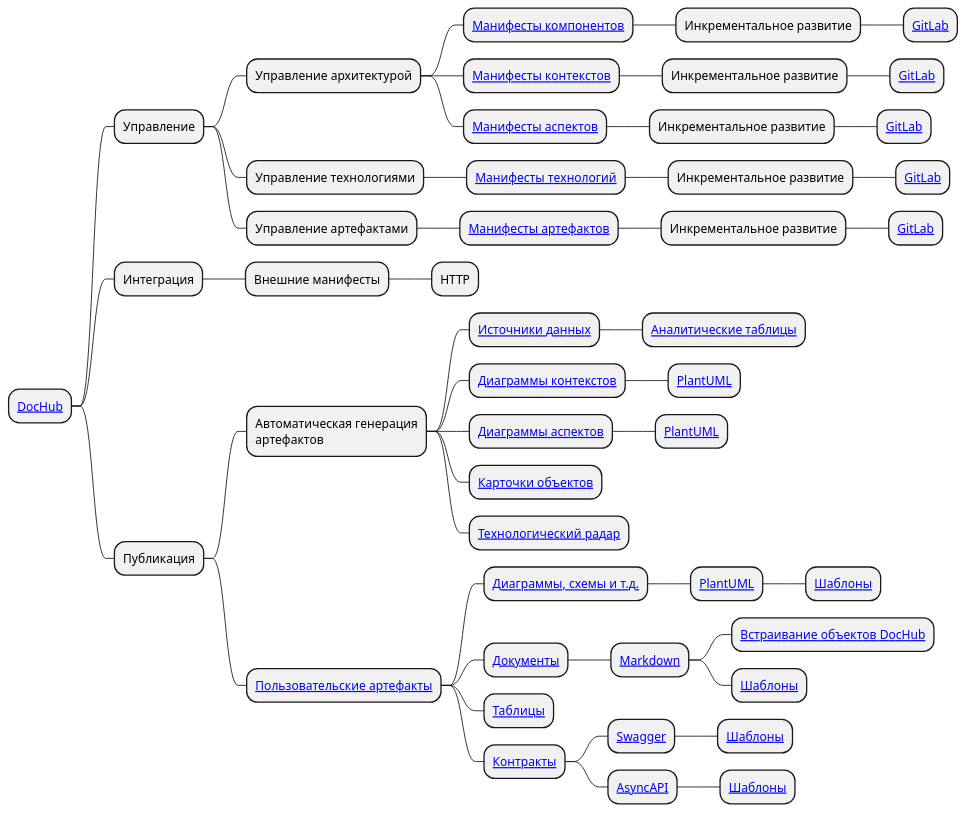
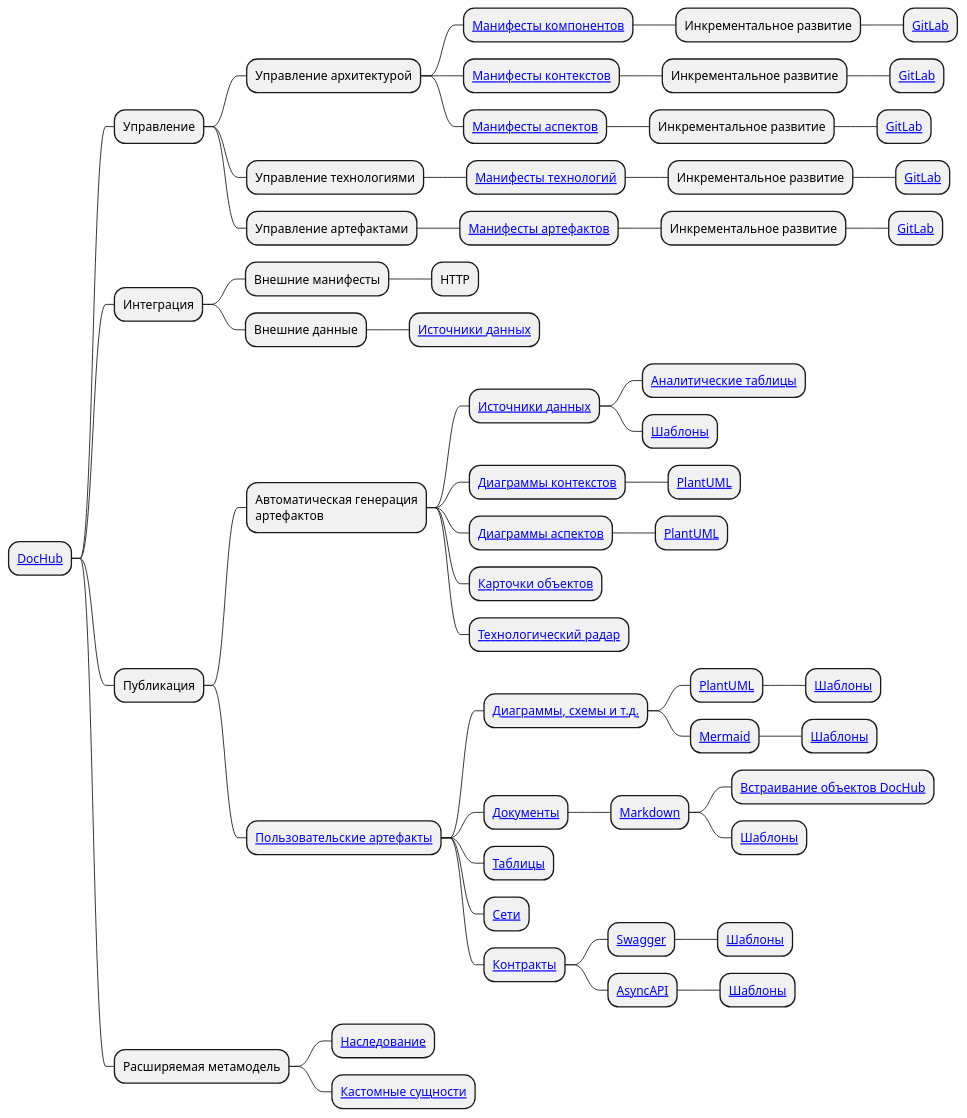
Before and after one commit to RabotaRu/DocHubDemo: the diagram in documentation/docs/conception/mindmap.puml, drawn with PlantUML. The commit also changed 21 other files, not shown here.

```diff
--- a/documentation/docs/conception/mindmap.puml
+++ b/documentation/docs/conception/mindmap.puml
@@ -1,49 +1,58 @@
 @startmindmap
 * [[https://github.com/RabotaRu/DocHub DocHub]]
 ** Управление
 *** Управление архитектурой
 **** [[/docs/dochub.components Манифесты компонентов]]
 ***** Инкрементальное развитие
 ****** [[https://about.gitlab.com/ GitLab]]
 **** [[/docs/dochub.contexts Манифесты контекстов]]
 ***** Инкрементальное развитие
 ****** [[https://about.gitlab.com/ GitLab]]
 **** [[/docs/dochub.aspects Манифесты аспектов]]
 ***** Инкрементальное развитие
 ****** [[https://about.gitlab.com/ GitLab]]
 *** Управление технологиями
 **** [[/docs/dochub.technologies Манифесты технологий]]
 ***** Инкрементальное развитие
 ****** [[https://about.gitlab.com/ GitLab]]
 *** Управление артефактами
 **** [[/docs/dochub.docs Манифесты артефактов]]
 ***** Инкрементальное развитие
 ****** [[https://about.gitlab.com/ GitLab]]
 ** Интеграция
 *** Внешние манифесты
 **** HTTP
+*** Внешние данные
+**** [[/docs/dochub.tables Источники данных]]
 ** Публикация
 *** Автоматическая генерация\nартефактов
 **** [[/docs/dochub.datasets Источники данных]]
 ***** [[/docs/dochub.tables Аналитические таблицы]]
+***** [[/docs/dochub.templates Шаблоны]]
 **** [[/docs/dochub.contexts Диаграммы контекстов]]
 ***** [[https://plantuml.com/ PlantUML]]
 **** [[/docs/dochub.aspects Диаграммы аспектов]]
 ***** [[https://plantuml.com/ PlantUML]]
 **** [[/docs/dochub.forms Карточки объектов]]
 **** [[/docs/dochub.radar Технологический радар]]
 *** [[/docs/dochub.docs Пользовательские артефакты]]
 **** [[/docs/dochub.docs#plantuml Диаграммы, схемы и т.д.]]
-***** [[https://plantuml.com/ PlantUML]]
-****** [[/docs/dochub.templates#plantuml Шаблоны]]
+***** [[/docs/dochub.plantuml PlantUML]]
+****** [[/docs/dochub.templates Шаблоны]]
+***** [[/docs/dochub.mermaid Mermaid]]
+****** [[/docs/dochub.templates Шаблоны]]
 **** [[/docs/dochub.docs#markdown Документы]]
 ***** [[https://ru.wikipedia.org/wiki/Markdown Markdown]]
 ****** [[/docs/dochub.docs#markdown Встраивание объектов DocHub]]
 ****** [[/docs/dochub.templates#markdown Шаблоны]]
 **** [[/docs/dochub.tables Таблицы]]
+**** [[/docs/dochub.network Сети]]
 **** [[/docs/dochub.docs#swagger Контракты]]
 ***** [[https://swagger.io/ Swagger]]
 ****** [[/docs/dochub.templates#openapi Шаблоны]]
 ***** [[https://www.asyncapi.com/ AsyncAPI]]
 ****** [[/docs/dochub.templates#asyncapi Шаблоны]]
+** Расширяемая метамодель
+*** [[/docs/dochub.inheritance Наследование]]
+*** [[/docs/dochub.entities Кастомные сущности]]
 @endmindmap
```
